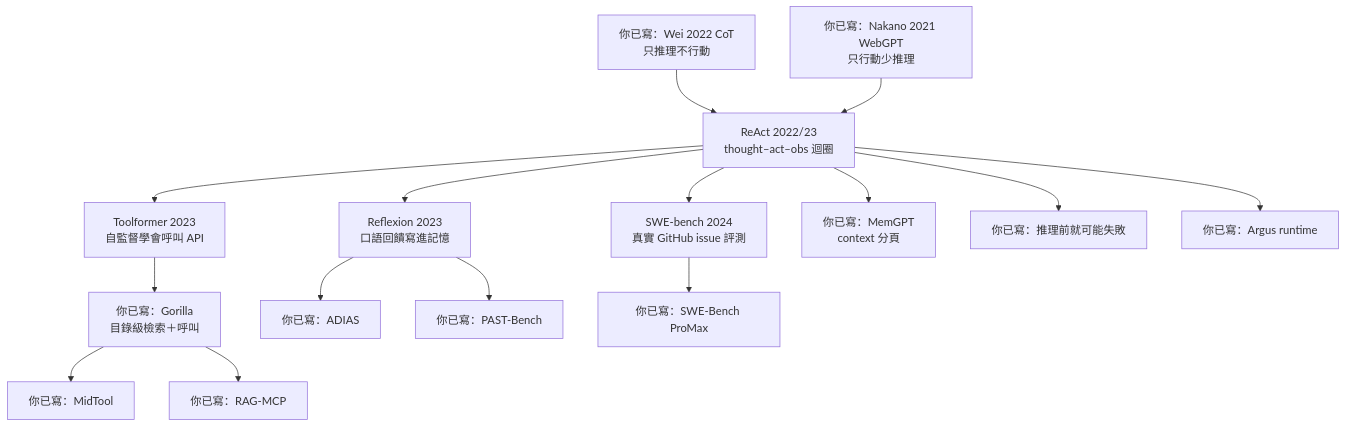
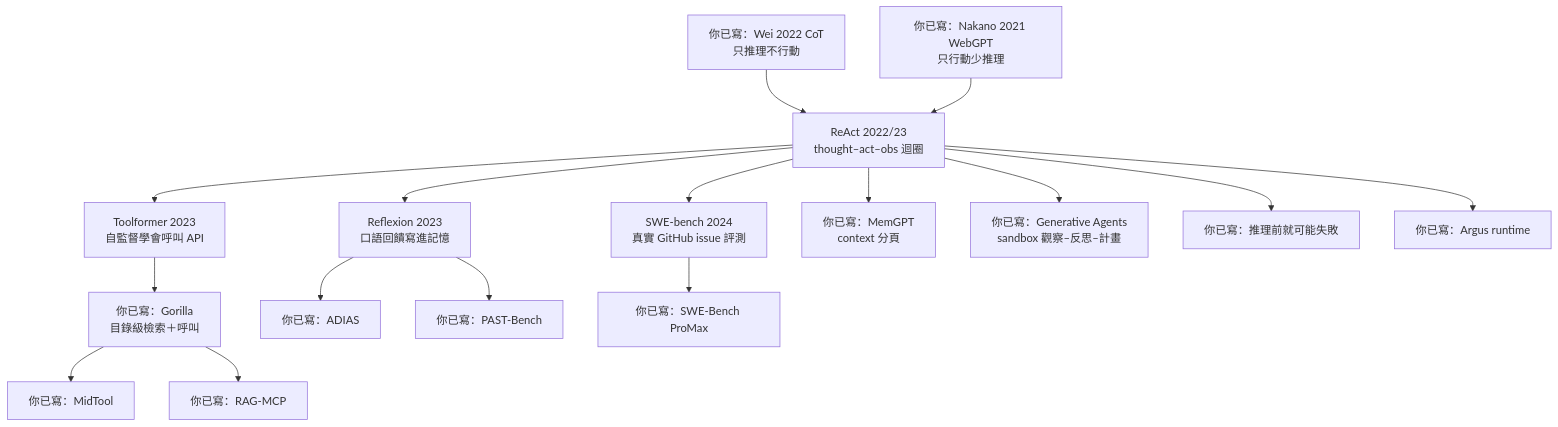
Before and after one commit to poirotw66/poirotw66.github.io: the diagram in src/content/blog/91-agent-method-foundation-reading-map.md, drawn with Mermaid. The commit also changed other lines of this file and 16 other files, not shown here.

First line of the commit message:
Add Generative Agents paper reading note 36 (ZH/EN)

````diff
--- a/src/content/blog/91-agent-method-foundation-reading-map.md
+++ b/src/content/blog/91-agent-method-foundation-reading-map.md
@@ -45,19 +45,20 @@
 ```mermaid
 flowchart TB
   CoT["你已寫：Wei 2022 CoT<br/>只推理不行動"]
   WebGPT["你已寫：Nakano 2021 WebGPT<br/>只行動少推理"]
   CoT --> ReAct["ReAct 2022/23<br/>thought–act–obs 迴圈"]
   WebGPT --> ReAct
   ReAct --> Toolformer["Toolformer 2023<br/>自監督學會呼叫 API"]
   ReAct --> Reflexion["Reflexion 2023<br/>口語回饋寫進記憶"]
   ReAct --> SWEb["SWE-bench 2024<br/>真實 GitHub issue 評測"]
   ReAct --> MemGPT["你已寫：MemGPT<br/>context 分頁"]
+  ReAct --> GenAgents["你已寫：Generative Agents<br/>sandbox 觀察–反思–計畫"]
   Toolformer --> Gorilla["你已寫：Gorilla<br/>目錄級檢索＋呼叫"]
   Gorilla --> MidTool["你已寫：MidTool"]
   Gorilla --> RAGMCP["你已寫：RAG-MCP"]
   Reflexion --> ADIAS["你已寫：ADIAS"]
   Reflexion --> PAST["你已寫：PAST-Bench"]
   SWEb --> ProMax["你已寫：SWE-Bench ProMax"]
   ReAct --> ReadGate["你已寫：推理前就可能失敗"]
   ReAct --> Argus["你已寫：Argus runtime"]
 ```
````
